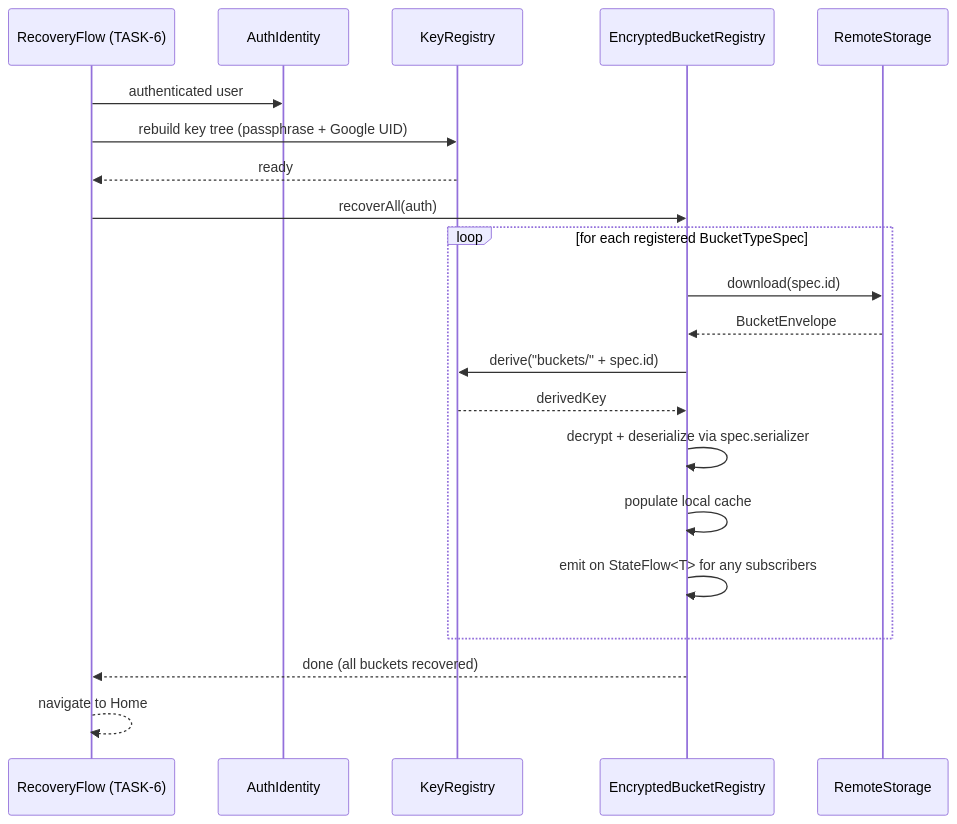
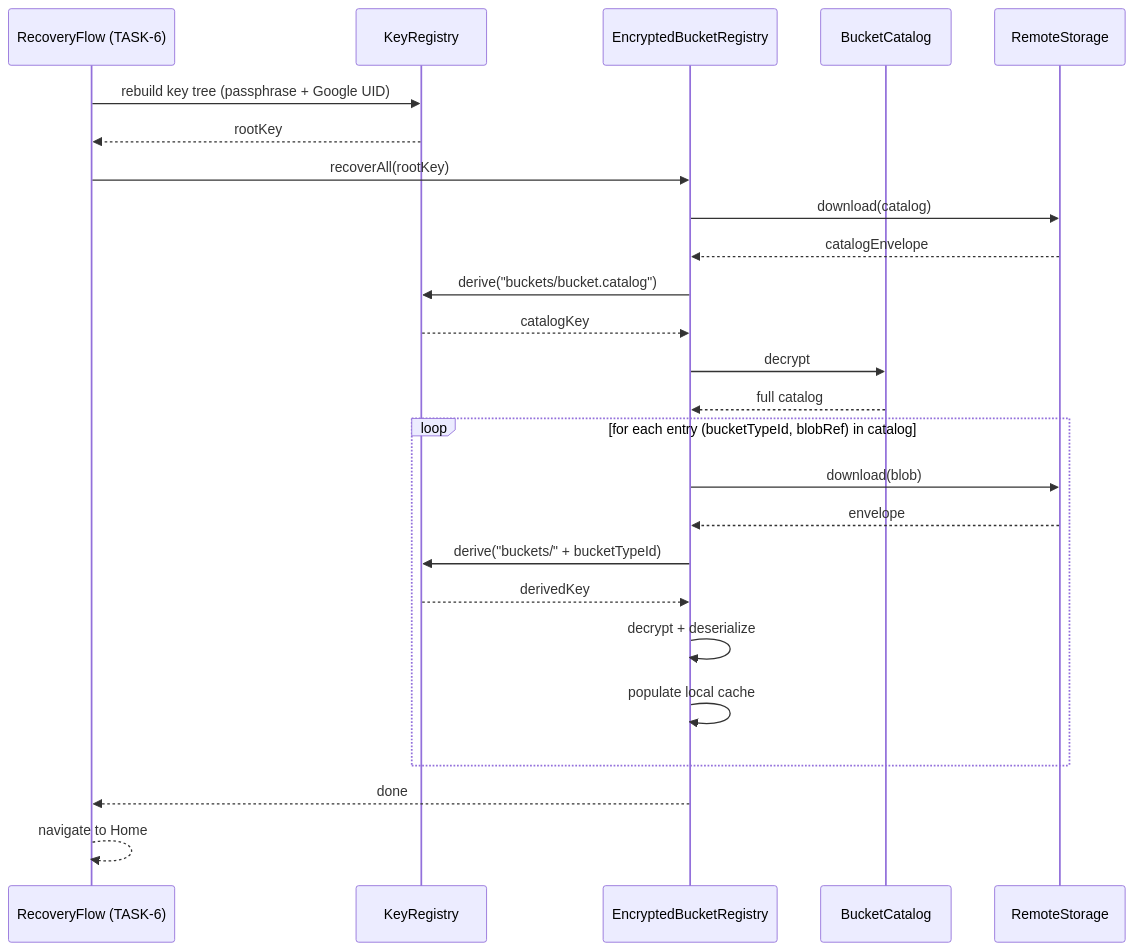
Before and after one commit to jeromwork/launcher: the ninth of 9 diagrams in specs/task-66-generic-encrypted-bucket-registry/spec.md, drawn with Mermaid. The commit also changed other lines of this file, not shown here.

````diff
--- a/specs/task-66-generic-encrypted-bucket-registry/spec.md
+++ b/specs/task-66-generic-encrypted-bucket-registry/spec.md
@@ -274,24 +338,28 @@
 ```mermaid
 sequenceDiagram
   participant Recovery as RecoveryFlow (TASK-6)
-  participant Auth as AuthIdentity
   participant KR as KeyRegistry
   participant Reg as EncryptedBucketRegistry
+  participant Cat as BucketCatalog
   participant RS as RemoteStorage
 
-  Recovery->>Auth: authenticated user
   Recovery->>KR: rebuild key tree (passphrase + Google UID)
-  KR-->>Recovery: ready
-  Recovery->>Reg: recoverAll(auth)
-  loop for each registered BucketTypeSpec
-    Reg->>RS: download(spec.id)
-    RS-->>Reg: BucketEnvelope
-    Reg->>KR: derive("buckets/" + spec.id)
+  KR-->>Recovery: rootKey
+  Recovery->>Reg: recoverAll(rootKey)
+  Reg->>RS: download(catalog)
+  RS-->>Reg: catalogEnvelope
+  Reg->>KR: derive("buckets/bucket.catalog")
+  KR-->>Reg: catalogKey
+  Reg->>Cat: decrypt
+  Cat-->>Reg: full catalog
+  loop for each entry (bucketTypeId, blobRef) in catalog
+    Reg->>RS: download(blob)
+    RS-->>Reg: envelope
+    Reg->>KR: derive("buckets/" + bucketTypeId)
     KR-->>Reg: derivedKey
-    Reg->>Reg: decrypt + deserialize via spec.serializer
+    Reg->>Reg: decrypt + deserialize
     Reg->>Reg: populate local cache
-    Reg->>Reg: emit on StateFlow<T> for any subscribers
   end
-  Reg-->>Recovery: done (all buckets recovered)
+  Reg-->>Recovery: done
   Recovery-->>Recovery: navigate to Home
 ```
````
